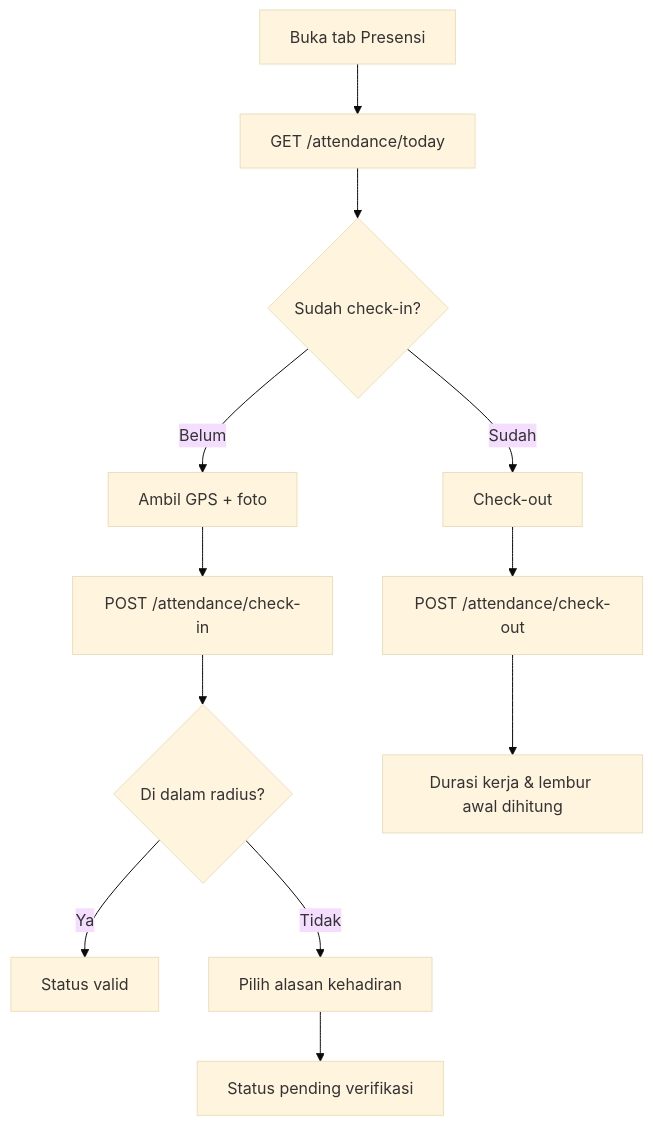
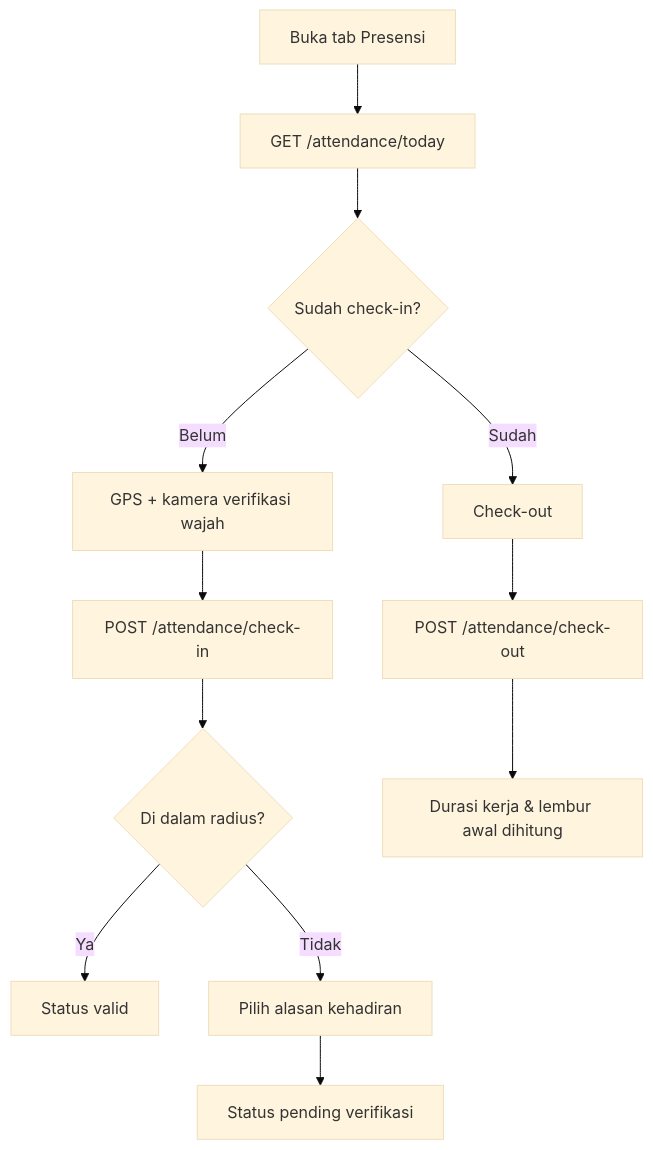
One commit to nankonyo/absensikaryawan changed the second of 4 diagrams in mobile_app/README.md. Above: the diagram before and after it, drawn with Mermaid (base theme). The commit also changed other lines of this file and 51 other files, not shown here.

````diff
--- a/mobile_app/README.md
+++ b/mobile_app/README.md
@@ -67,14 +68,14 @@
 ```mermaid
 flowchart TD
   A[Buka tab Presensi] --> B[GET /attendance/today]
   B --> C{Sudah check-in?}
-  C -- Belum --> D[Ambil GPS + foto]
+  C -- Belum --> D[GPS + kamera verifikasi wajah]
   D --> E[POST /attendance/check-in]
   E --> F{Di dalam radius?}
   F -- Ya --> G[Status valid]
   F -- Tidak --> H[Pilih alasan kehadiran]
   H --> I[Status pending verifikasi]
   C -- Sudah --> J[Check-out]
   J --> K[POST /attendance/check-out]
   K --> L[Durasi kerja & lembur awal dihitung]
 ```
````
